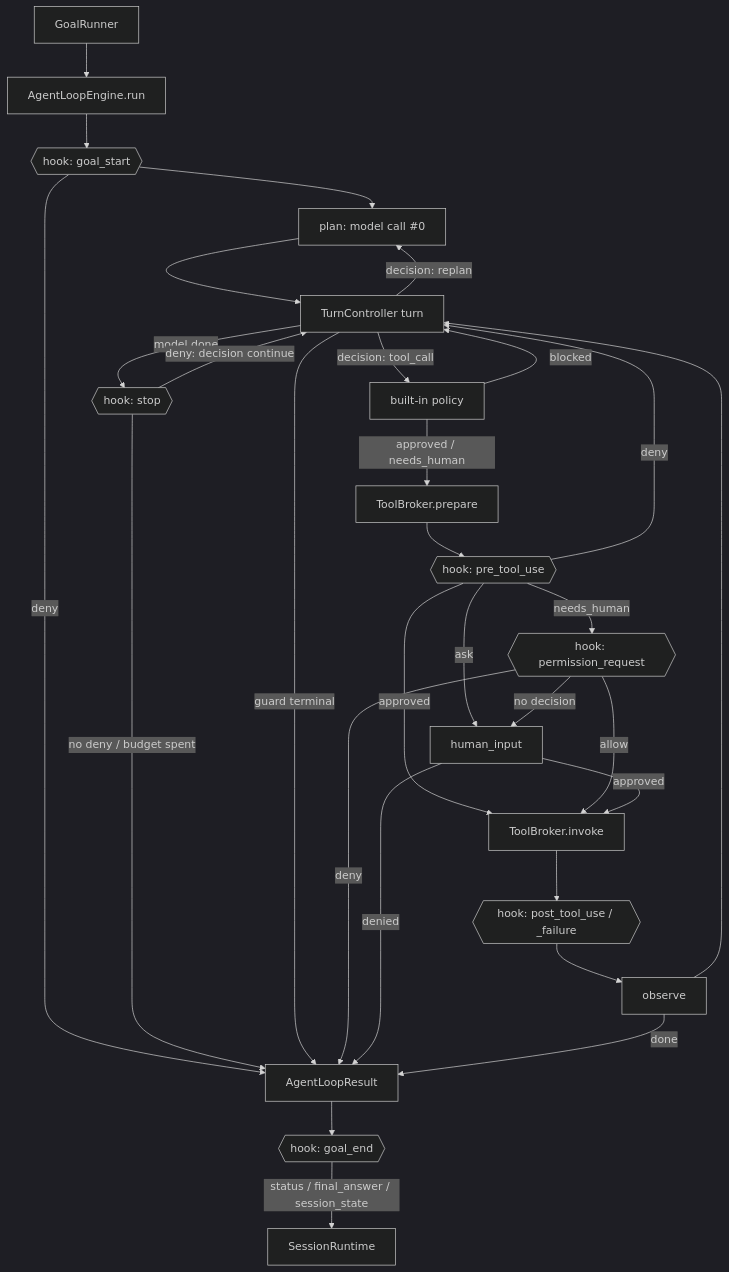
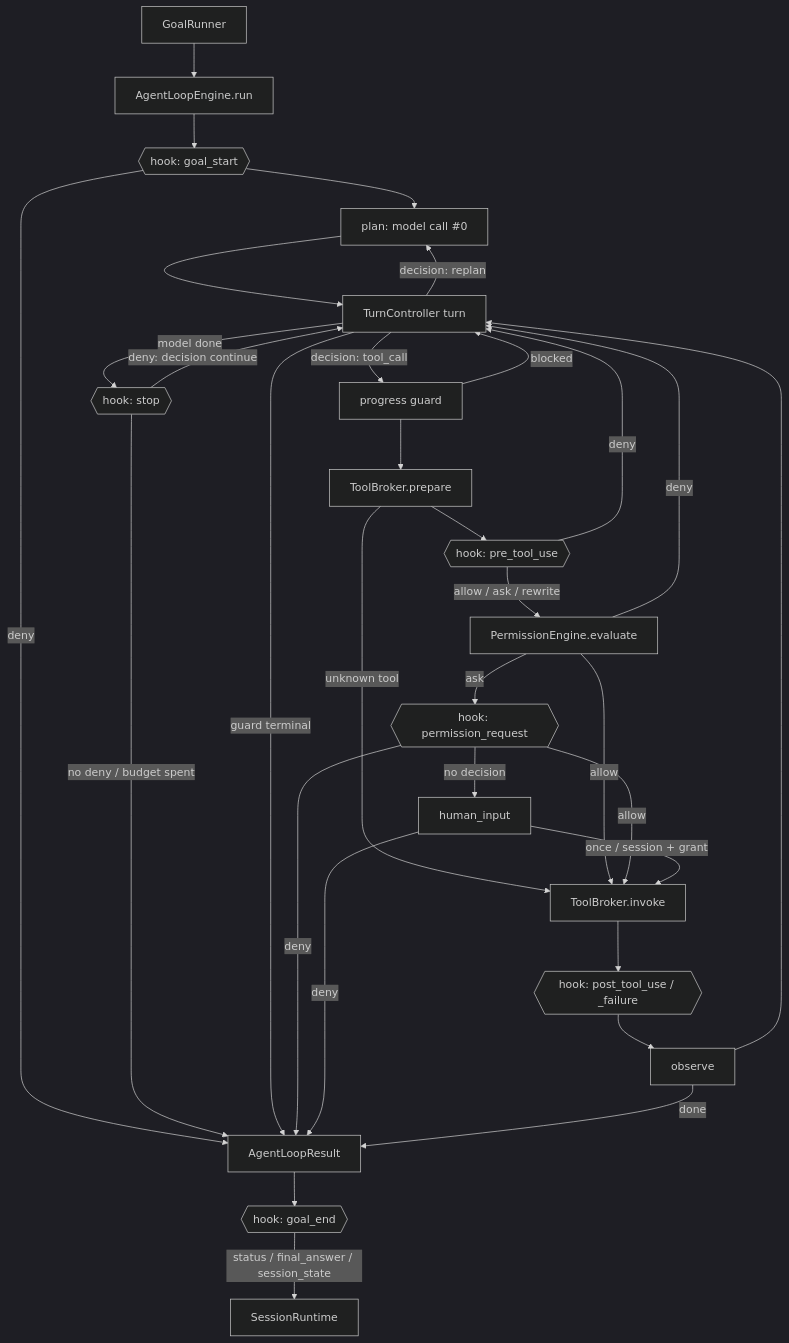
Before and after one commit to Hastur456/AutoBrowser: the diagram in docs/diagrams/agent-runtime-flow.md, drawn with Mermaid (dark theme). The commit also changed other lines of this file and 23 other files, not shown here.

First line of the commit message:
feat(agent-loop): authorize tool calls with the PermissionEngine; delete policy.py

````diff
--- a/docs/diagrams/agent-runtime-flow.md
+++ b/docs/diagrams/agent-runtime-flow.md
@@ -7,32 +7,34 @@
 ```mermaid
 flowchart TD
   GoalRunner[GoalRunner] --> Engine[AgentLoopEngine.run]
   Engine --> GoalStart{{"hook: goal_start"}}
   GoalStart -->|deny| Result
   GoalStart --> Plan[plan: model call #0]
   Plan --> Turn[TurnController turn]
-  Turn -->|decision: tool_call| Policy[built-in policy]
+  Turn -->|decision: tool_call| Progress[progress guard]
   Turn -->|decision: replan| Plan
   Turn -->|model done| Stop{{"hook: stop"}}
   Stop -->|deny: decision continue| Turn
   Stop -->|no deny / budget spent| Result[AgentLoopResult]
   Turn -->|guard terminal| Result
-  Policy -->|blocked| Turn
-  Policy -->|approved / needs_human| Prepare[ToolBroker.prepare]
+  Progress -->|blocked| Turn
+  Progress --> Prepare[ToolBroker.prepare]
+  Prepare -->|unknown tool| Exec
   Prepare --> Pre{{"hook: pre_tool_use"}}
   Pre -->|deny| Turn
-  Pre -->|ask| Human
-  Pre -->|approved| Exec
-  Pre -->|needs_human| Perm{{"hook: permission_request"}}
+  Pre -->|allow / ask / rewrite| Permissions[PermissionEngine.evaluate]
+  Permissions -->|deny| Turn
+  Permissions -->|allow| Exec
+  Permissions -->|ask| Perm{{"hook: permission_request"}}
   Perm -->|allow| Exec
   Perm -->|deny| Result
   Perm -->|no decision| Human[human_input]
-  Human -->|denied| Result
-  Human -->|approved| Exec[ToolBroker.invoke]
+  Human -->|deny| Result
+  Human -->|once / session + grant| Exec[ToolBroker.invoke]
   Exec --> Post{{"hook: post_tool_use / _failure"}}
   Post --> Obs[observe]
   Obs --> Turn
   Obs -->|done| Result
   Result --> GoalEnd{{"hook: goal_end"}}
   GoalEnd -->|status / final_answer / session_state| Session[SessionRuntime]
 ```
````
